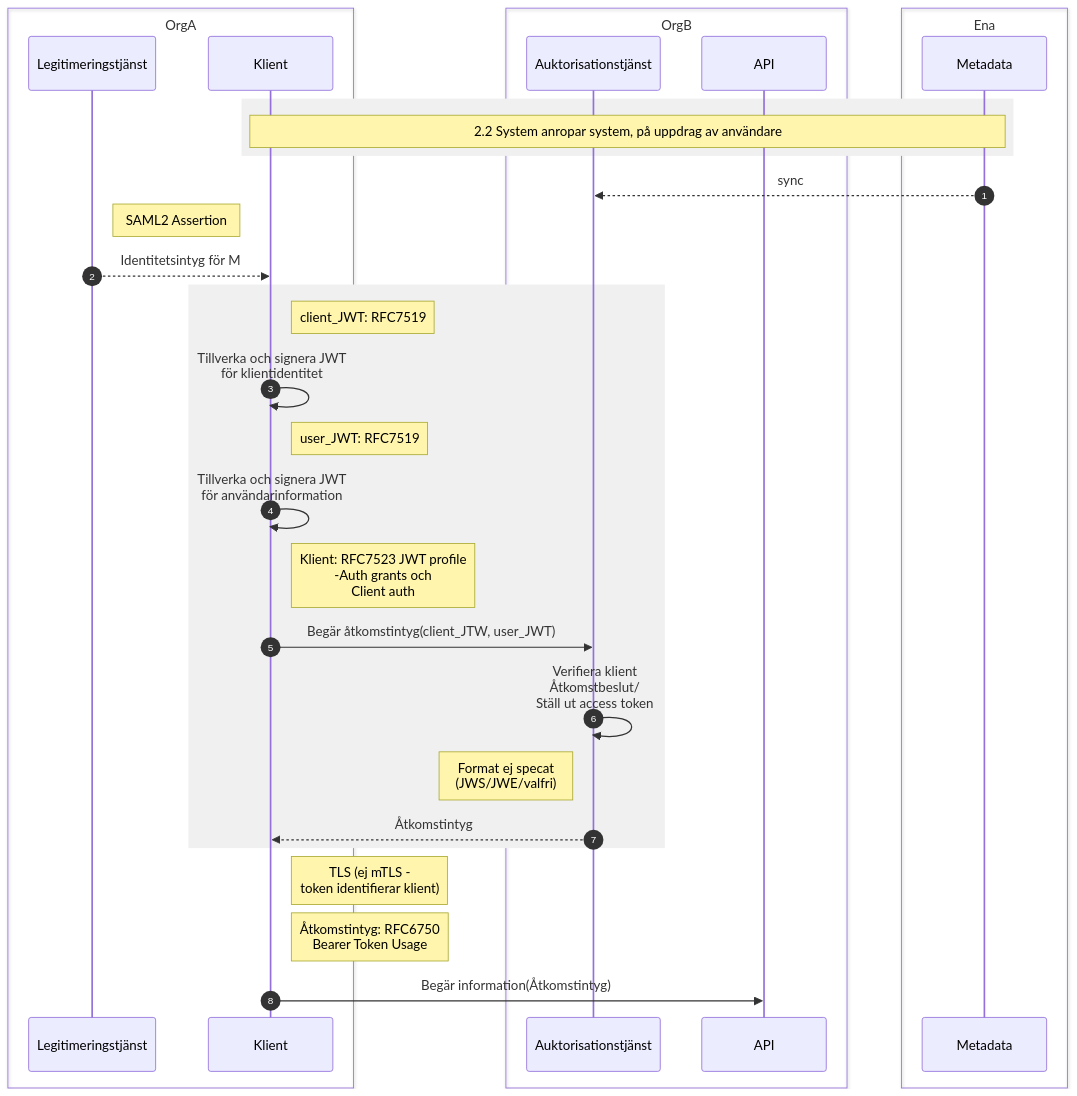
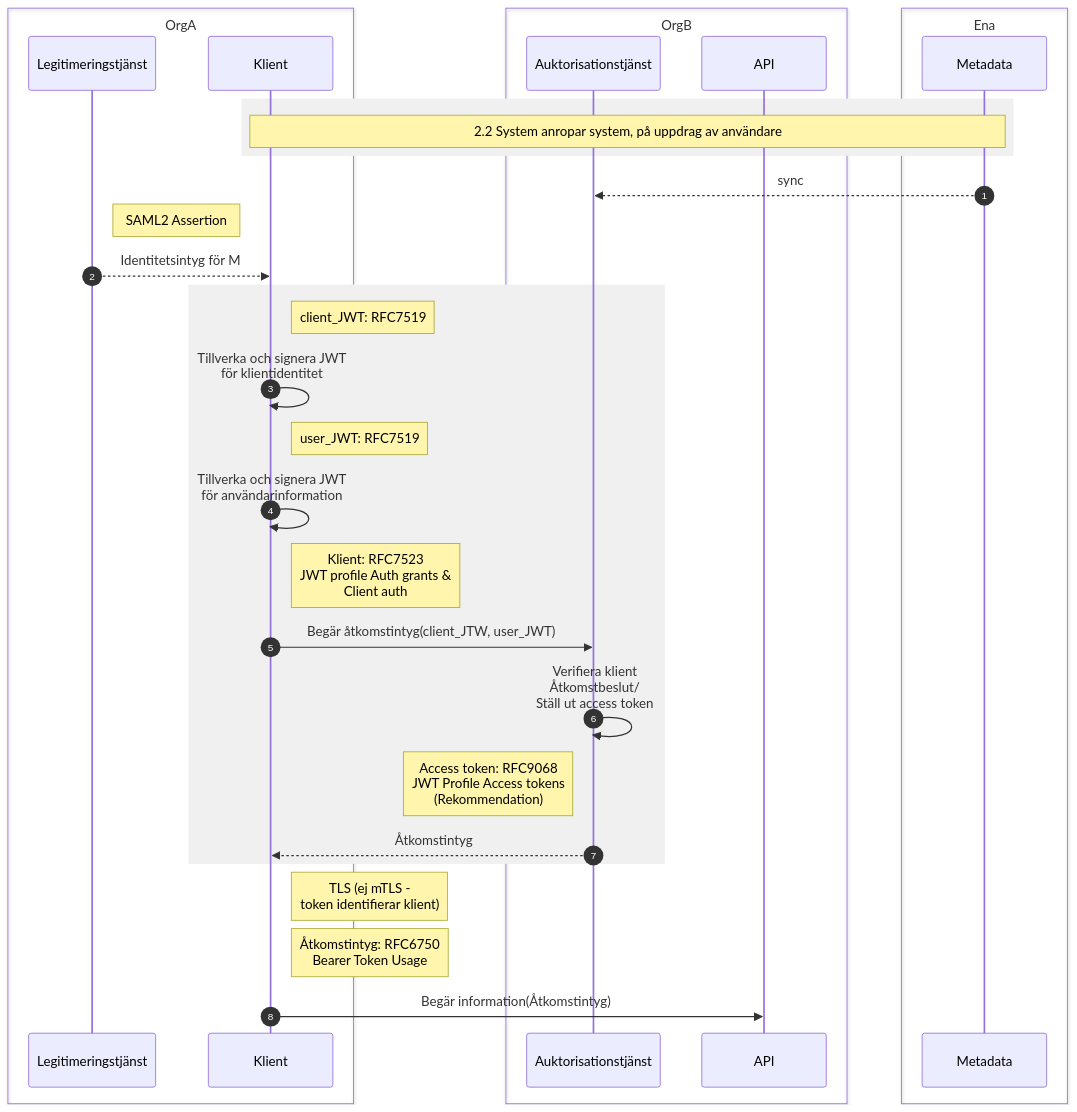
One commit to diggsweden/ena-authorization changed the diagram in architecture/drafts/Signalering 2.2 System anropar system på uppdrag av avändare.md. Above: the diagram before and after it, drawn with Mermaid. The commit also changed 1 other file, not shown here.

````diff
--- a/architecture/drafts/Signalering 2.2 System anropar system på uppdrag av avändare.md
+++ b/architecture/drafts/Signalering 2.2 System anropar system på uppdrag av avändare.md
@@ -5,41 +5,41 @@
 ```mermaid
 sequenceDiagram
     autonumber
     box OrgA
         participant Legitimeringstjänst
         participant E-tjänst as Klient
     end
     box OrgB
         participant AT-B as Auktorisationstjänst
         participant API
     end
     box Ena
         participant cMetadata as Metadata
     end
     Rect rgb(240, 240, 240)
         Note over E-tjänst, cMetadata: 2.2 System anropar system, på uppdrag av användare
     end
 
     cMetadata-->>AT-B: sync
 
     Note right of Legitimeringstjänst: SAML2 Assertion
     Legitimeringstjänst-->>E-tjänst: Identitetsintyg för M
 
     Rect rgb(240, 240, 240)
         Note right of E-tjänst: client_JWT: RFC7519
         E-tjänst->>E-tjänst: Tillverka och signera JWT<br> för klientidentitet
 
         Note right of E-tjänst: user_JWT: RFC7519
         E-tjänst->>E-tjänst: Tillverka och signera JWT<br> för användarinformation
 
-        Note right of E-tjänst: Klient: RFC7523 JWT profile<br>-Auth grants och<br>Client auth
+        Note right of E-tjänst: Klient: RFC7523<br>JWT profile Auth grants &<br>Client auth
         E-tjänst->>AT-B: Begär åtkomstintyg(client_JTW, user_JWT)
         AT-B->>AT-B: Verifiera klient<br>Åtkomstbeslut/<br>Ställ ut access token
-        Note left of AT-B: Format ej specat<br/>(JWS/JWE/valfri)
+        Note left of AT-B: Access token: RFC9068<br>JWT Profile Access tokens<br/>(Rekommendation)
         AT-B-->>E-tjänst: Åtkomstintyg
     end
     Note right of E-tjänst: TLS (ej mTLS - <br>token identifierar klient)
     Note right of E-tjänst: Åtkomstintyg: RFC6750<br/> Bearer Token Usage
     E-tjänst->>API: Begär information(Åtkomstintyg)
 
 ```
````
